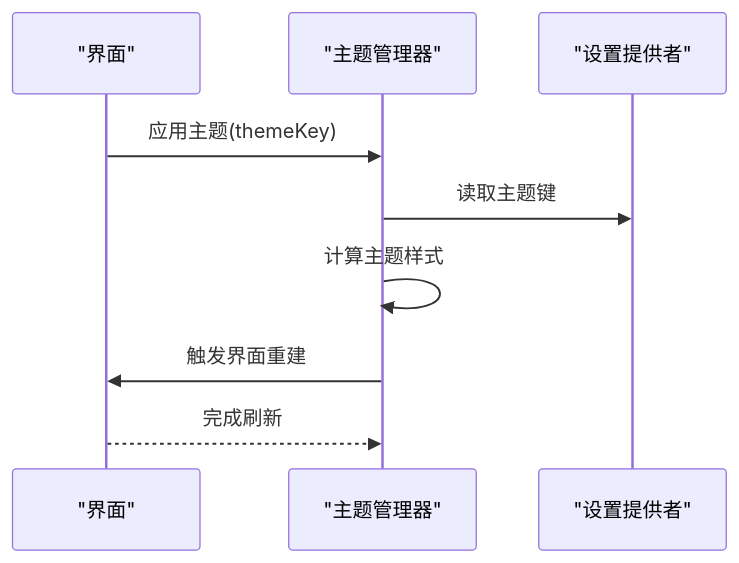
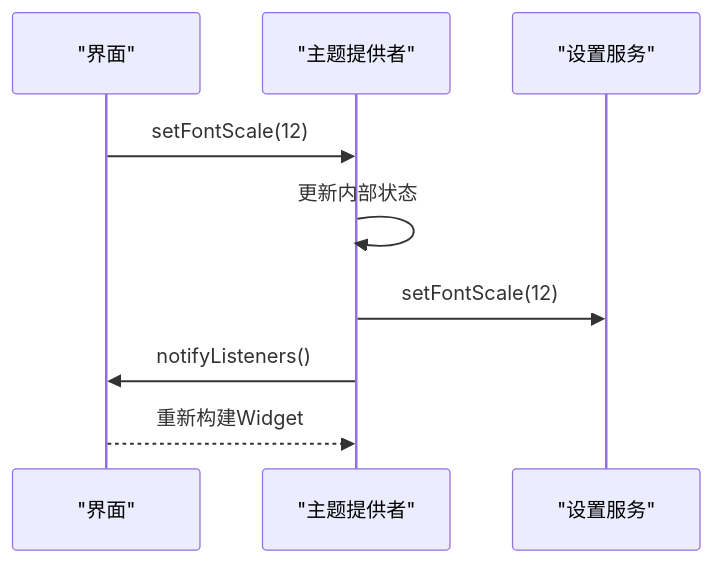
One commit to ZhangGHGitHub/LegadoTeamFlutter changed the fourth of 6 diagrams in .qoder/repowiki/zh/content/Flutter跨平台应用/状态管理/设置Provider.md. Above: the diagram before and after it, drawn with Mermaid. The commit also changed other lines of this file and 173 other files, not shown here.

````diff
--- a/.qoder/repowiki/zh/content/Flutter跨平台应用/状态管理/设置Provider.md
+++ b/.qoder/repowiki/zh/content/Flutter跨平台应用/状态管理/设置Provider.md
@@ -233,11 +170,11 @@
 ```mermaid
 sequenceDiagram
 participant UI as "界面"
-participant TM as "主题管理器"
-participant SP as "设置提供者"
-UI->>TM : 应用主题(themeKey)
-TM->>SP : 读取主题键
-TM->>TM : 计算主题样式
-TM->>UI : 触发界面重建
-UI-->>TM : 完成刷新
+participant TP as "主题提供者"
+participant SS as "设置服务"
+UI->>TP : setFontScale(12)
+TP->>TP : 更新内部状态
+TP->>SS : setFontScale(12)
+TP->>UI : notifyListeners()
+UI-->>TP : 重新构建Widget
 ```
````
